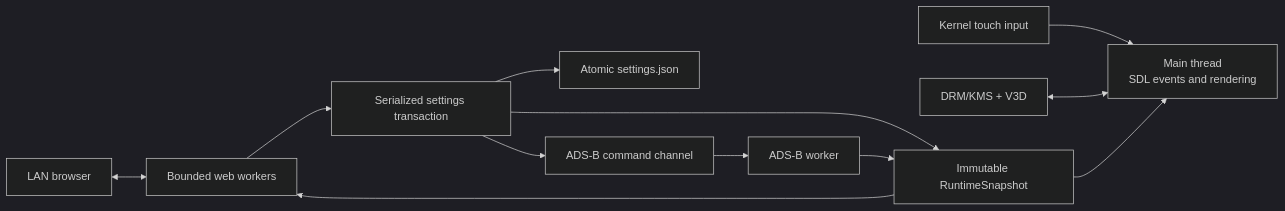
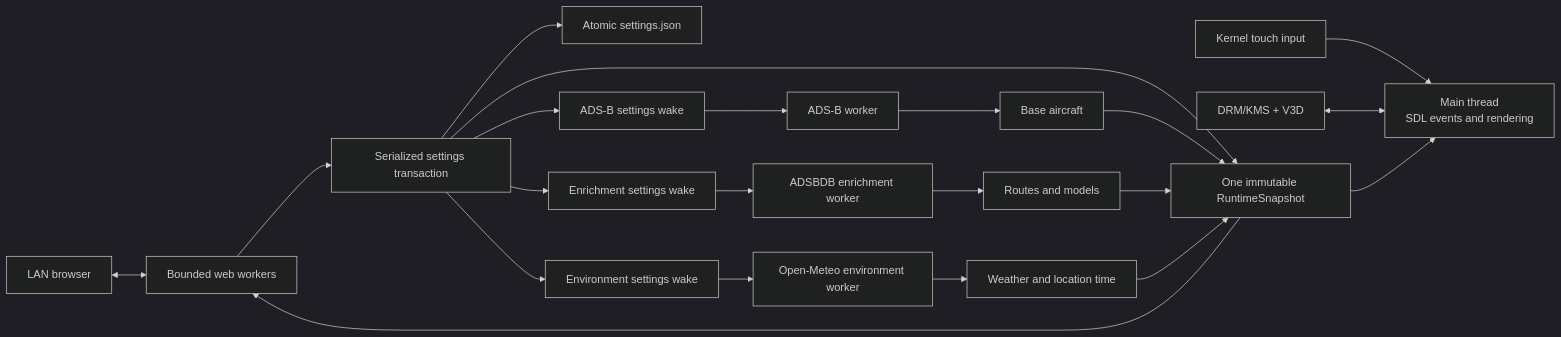
The second of 2 diagrams in docs/architecture.md (shayne/RPi-Plane-Radar), drawn with Mermaid (dark theme) before and after one commit. The commit also changed other lines of this file and 3 other files, not shown here.

````diff
--- a/docs/architecture.md
+++ b/docs/architecture.md
@@ -74,14 +74,23 @@
 ```mermaid
 flowchart LR
     touch["Kernel touch input"] --> main["Main thread<br/>SDL events and rendering"]
     kms["DRM/KMS + V3D"] <--> main
     browser["LAN browser"] <--> web["Bounded web workers"]
     web --> settings["Serialized settings transaction"]
     settings --> file["Atomic settings.json"]
-    settings --> model["Immutable RuntimeSnapshot"]
-    settings --> wake["ADS-B command channel"]
-    adsb["ADS-B worker"] --> model
-    wake --> adsb
+    settings --> model["One immutable RuntimeSnapshot"]
+    settings --> adsb_wake["ADS-B settings wake"]
+    settings --> enrichment_wake["Enrichment settings wake"]
+    settings --> environment_wake["Environment settings wake"]
+    adsb_wake --> adsb["ADS-B worker"]
+    enrichment_wake --> enrichment["ADSBDB enrichment worker"]
+    environment_wake --> environment["Open-Meteo environment worker"]
+    adsb --> base["Base aircraft"]
+    enrichment --> optional_aircraft["Routes and models"]
+    environment --> optional_environment["Weather and location time"]
+    base --> model
+    optional_aircraft --> model
+    optional_environment --> model
     model --> main
     model --> web
 ```
````
